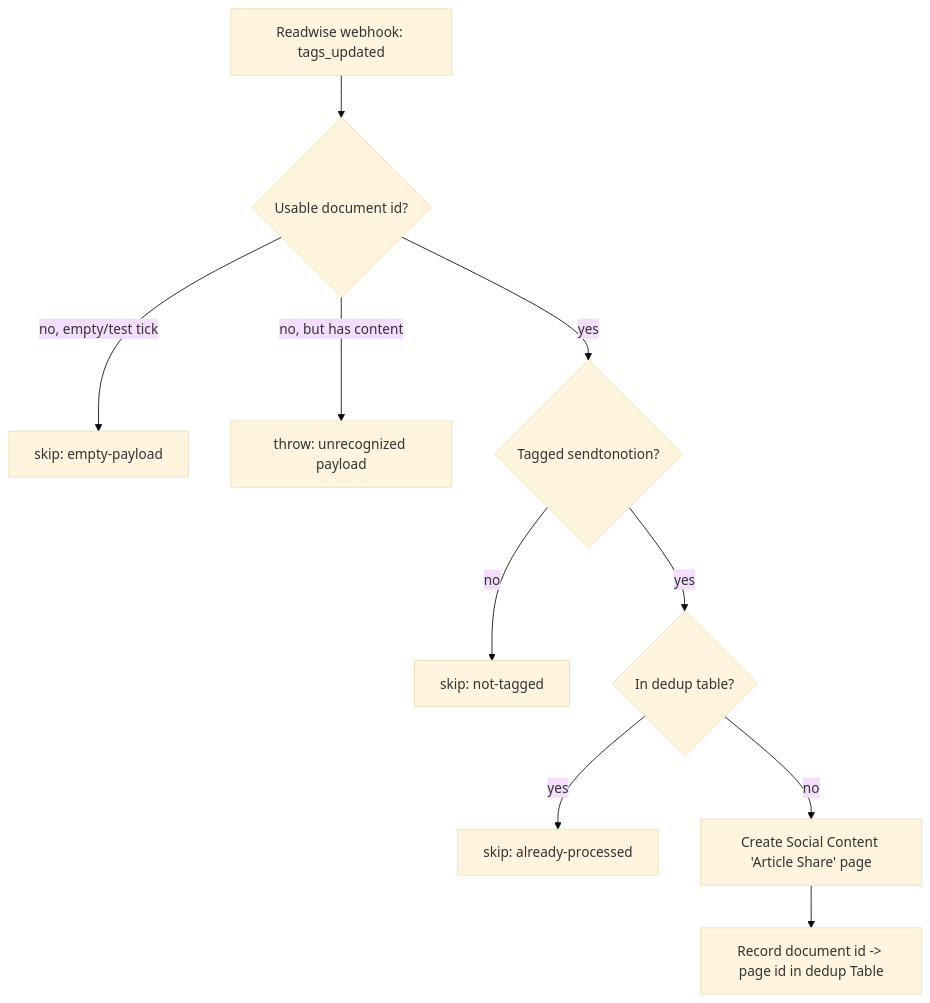
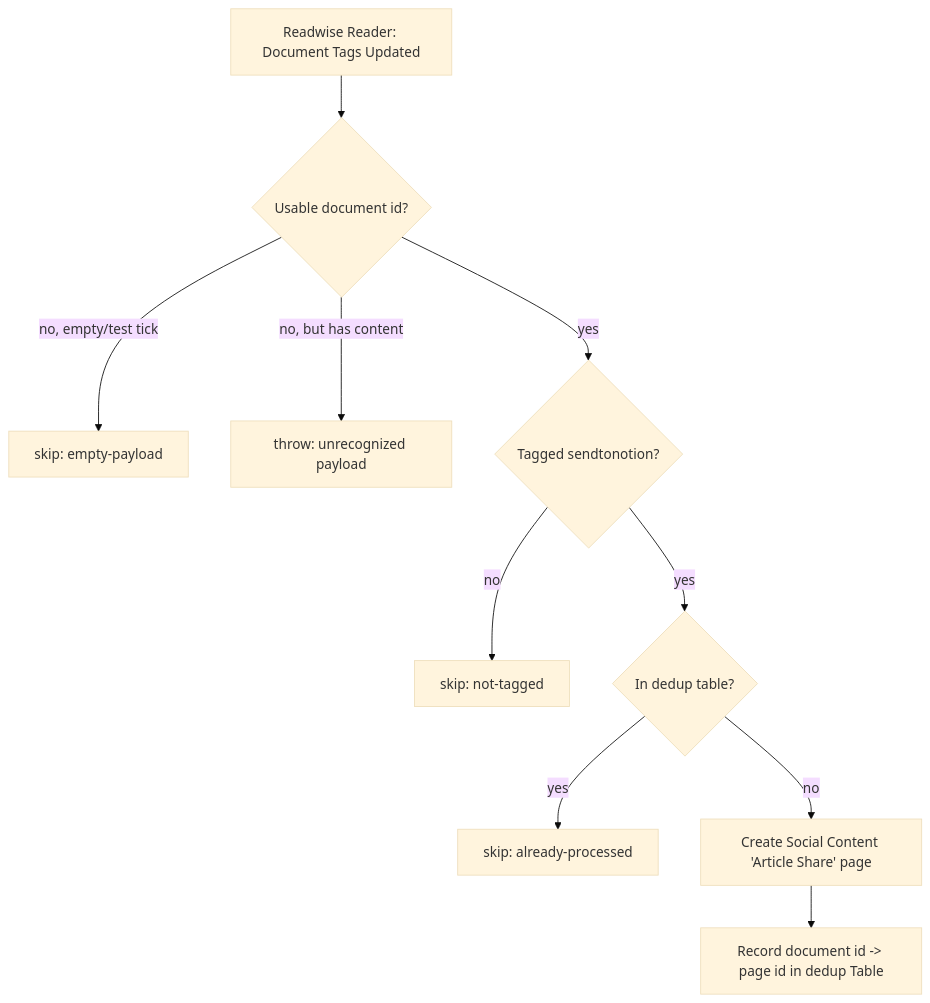
One commit to work-flowers/zapier-sdk changed the diagram in save-tagged-docs-to-notion/README.md. Above: the diagram before and after it, drawn with Mermaid (base theme). The commit also changed other lines of this file and 4 other files, not shown here.

````diff
--- a/save-tagged-docs-to-notion/README.md
+++ b/save-tagged-docs-to-notion/README.md
@@ -37,12 +44,12 @@
 ```mermaid
 flowchart TD
-  A[Readwise webhook: tags_updated] --> B{Usable document id?}
+  A[Readwise Reader: Document Tags Updated] --> B{Usable document id?}
   B -- no, empty/test tick --> S1[skip: empty-payload]
   B -- no, but has content --> ERR[throw: unrecognized payload]
   B -- yes --> C{Tagged sendtonotion?}
   C -- no --> S2[skip: not-tagged]
   C -- yes --> D{In dedup table?}
   D -- yes --> S3[skip: already-processed]
   D -- no --> E[Create Social Content 'Article Share' page]
   E --> F[Record document id -> page id in dedup Table]
 ```
````
